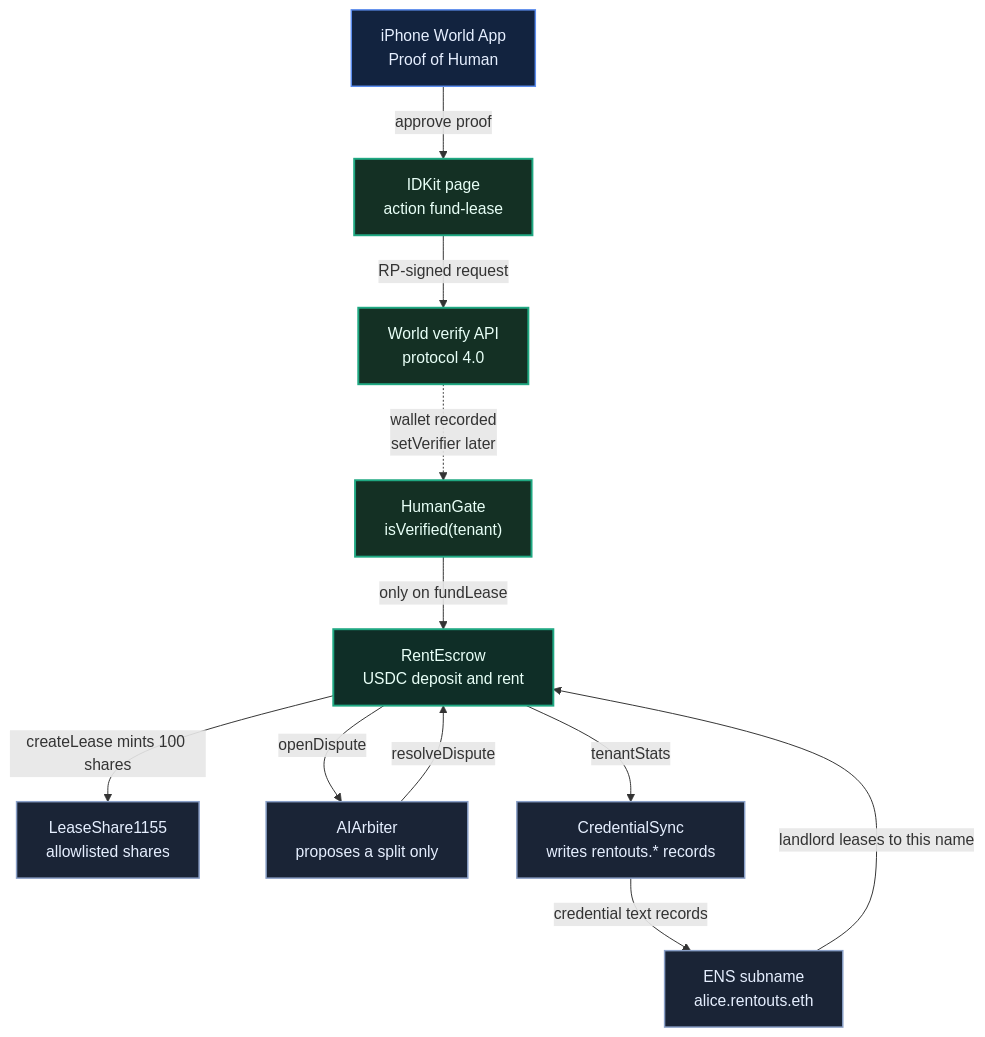
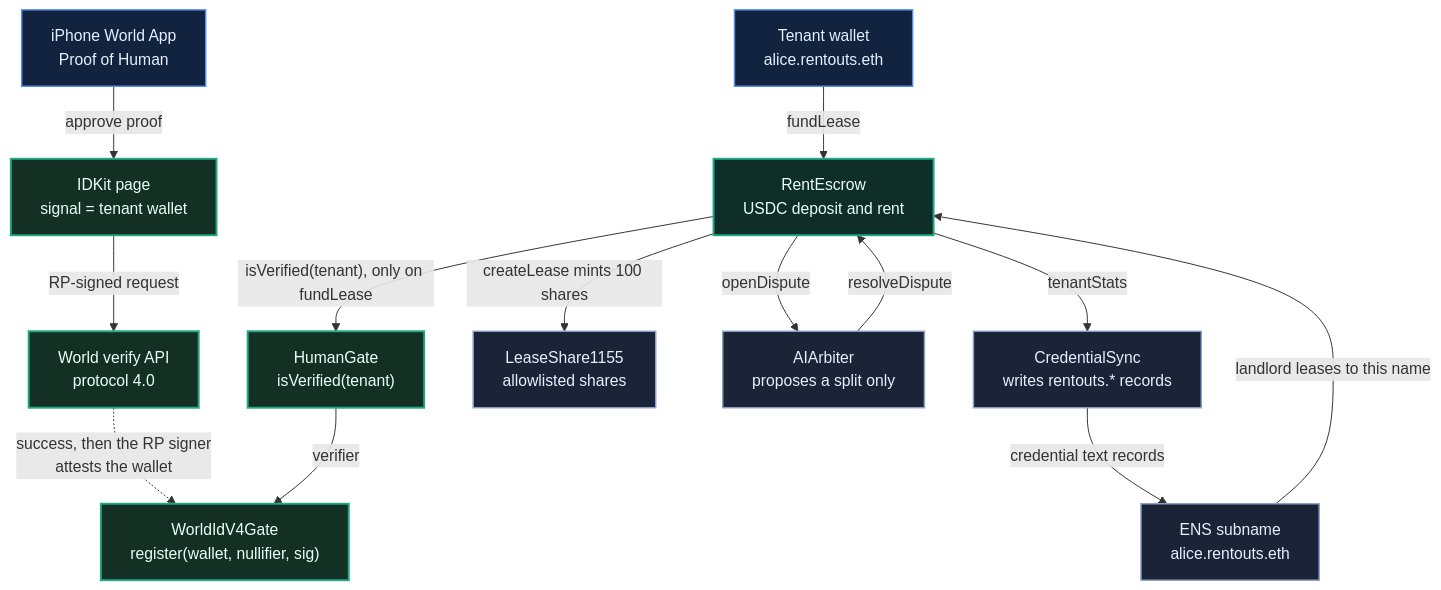
Before and after one commit to AiAlchemist0/rentouts-escrow: the first of 2 diagrams in README.md, drawn with Mermaid. The commit also changed other lines of this file and 5 other files, not shown here.

First line of the commit message:
docs(qa): the World ID gate is live; demo pre-flight for the gate switch

````diff
--- a/README.md
+++ b/README.md
@@ -257,28 +264,32 @@
 ```mermaid
 flowchart TB
   classDef person fill:#12233f,stroke:#5b8def,stroke-width:1.5px,color:#e6efff
   classDef world fill:#143024,stroke:#1fa882,stroke-width:2px,color:#e8fff7
   classDef money fill:#0f2e27,stroke:#1fa882,stroke-width:2px,color:#e8fff7
   classDef side fill:#1a2436,stroke:#8aa0c8,stroke-width:1.5px,color:#e6efff
 
   Phone["iPhone World App<br/>Proof of Human"]:::person
-  Page["IDKit page<br/>action fund-lease"]:::world
+  Page["IDKit page<br/>signal = tenant wallet"]:::world
   API["World verify API<br/>protocol 4.0"]:::world
+  V4["WorldIdV4Gate<br/>register(wallet, nullifier, sig)"]:::world
   Gate["HumanGate<br/>isVerified(tenant)"]:::world
+  Tenant["Tenant wallet<br/>alice.rentouts.eth"]:::person
   Escrow["RentEscrow<br/>USDC deposit and rent"]:::money
   Name["ENS subname<br/>alice.rentouts.eth"]:::side
   Share["LeaseShare1155<br/>allowlisted shares"]:::side
   Judge["AIArbiter<br/>proposes a split only"]:::side
   Cred["CredentialSync<br/>writes rentouts.* records"]:::side
 
   Phone -->|"approve proof"| Page
   Page -->|"RP-signed request"| API
-  API -.->|"wallet recorded<br/>setVerifier later"| Gate
-  Gate -->|"only on fundLease"| Escrow
+  API -.->|"success, then the RP signer<br/>attests the wallet"| V4
+  Gate -->|"verifier"| V4
+  Tenant -->|"fundLease"| Escrow
+  Escrow -->|"isVerified(tenant), only on fundLease"| Gate
   Name -->|"landlord leases to this name"| Escrow
   Escrow -->|"createLease mints 100 shares"| Share
   Escrow -->|"openDispute"| Judge
   Judge -->|"resolveDispute"| Escrow
   Escrow -->|"tenantStats"| Cred
   Cred -->|"credential text records"| Name
 ```
````
